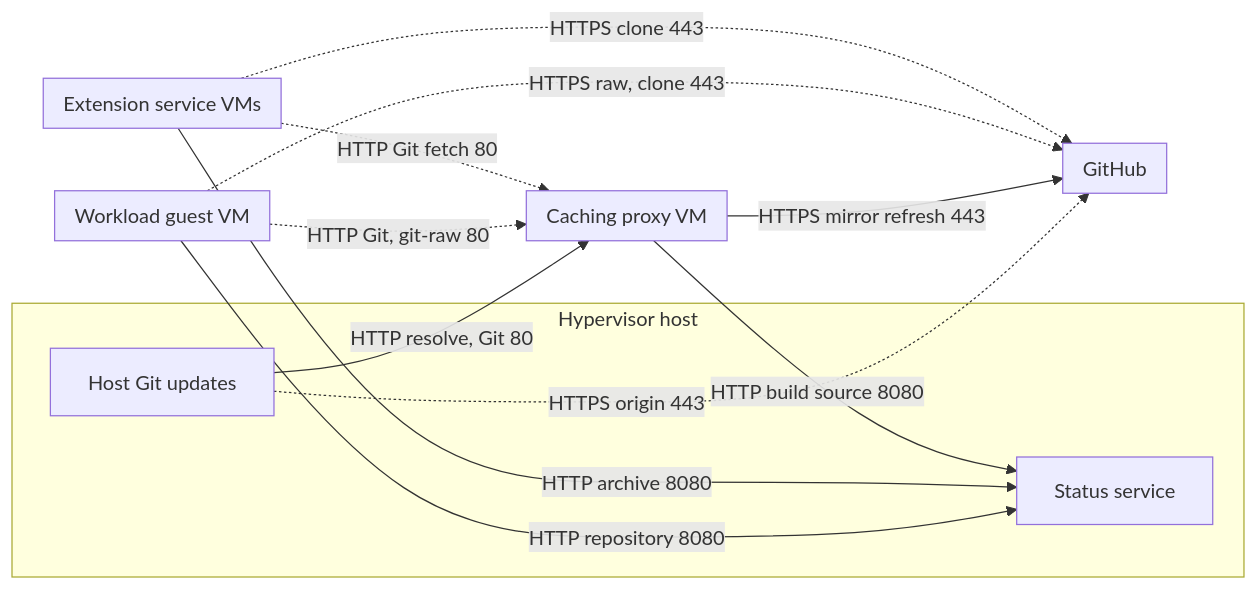
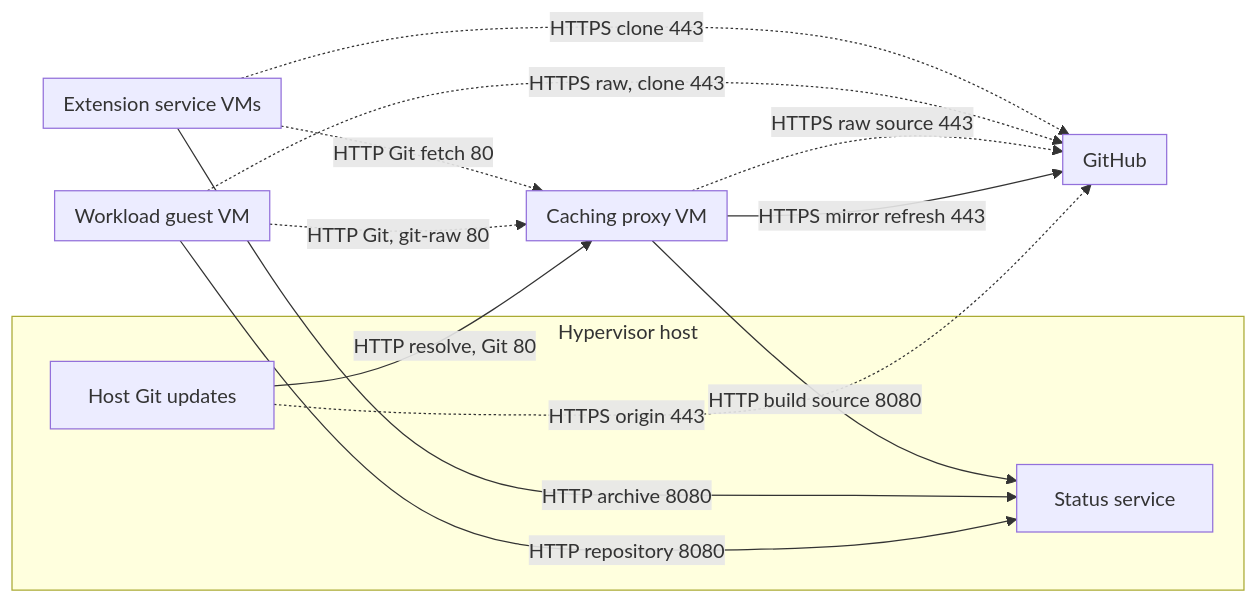
One commit to alissonsol/yuruna changed the third of 11 diagrams in docs/design/06-deployment.md. Above: the diagram before and after it, drawn with Mermaid. The commit also changed other lines of this file and 1627 other files, not shown here.

````diff
--- a/docs/design/06-deployment.md
+++ b/docs/design/06-deployment.md
@@ -179,27 +181,29 @@
 ```mermaid
 flowchart LR
     subgraph host["Hypervisor host"]
         start-status-service-ps1["Status service"]
         test-host-git-psm1["Host Git updates"]
     end
     subgraph guest["Workload guest VM"]
     end
     subgraph extension-service-vms["Extension service VMs"]
     end
     subgraph caching-proxy-service["Caching proxy VM"]
     end
     subgraph github["GitHub"]
     end
     test-host-git-psm1 -->|HTTP resolve, Git 80| caching-proxy-service
     guest -->|HTTP repository 8080| start-status-service-ps1
     extension-service-vms -->|HTTP archive 8080| start-status-service-ps1
     caching-proxy-service -->|HTTP build source 8080| start-status-service-ps1
     caching-proxy-service -->|HTTPS mirror refresh 443| github
+    %% optional: build source fallback when the status service does not answer.
+    caching-proxy-service -.->|HTTPS raw source 443| github
     %% optional: pinned LAN mirror fallback when the status service does not answer.
     guest -.->|HTTP Git, git-raw 80| caching-proxy-service
     extension-service-vms -.->|HTTP Git fetch 80| caching-proxy-service
     %% optional: GitHub fallback when no local source supplies the commit.
     test-host-git-psm1 -.->|HTTPS origin 443| github
     guest -.->|HTTPS raw, clone 443| github
     extension-service-vms -.->|HTTPS clone 443| github
 ```
````
